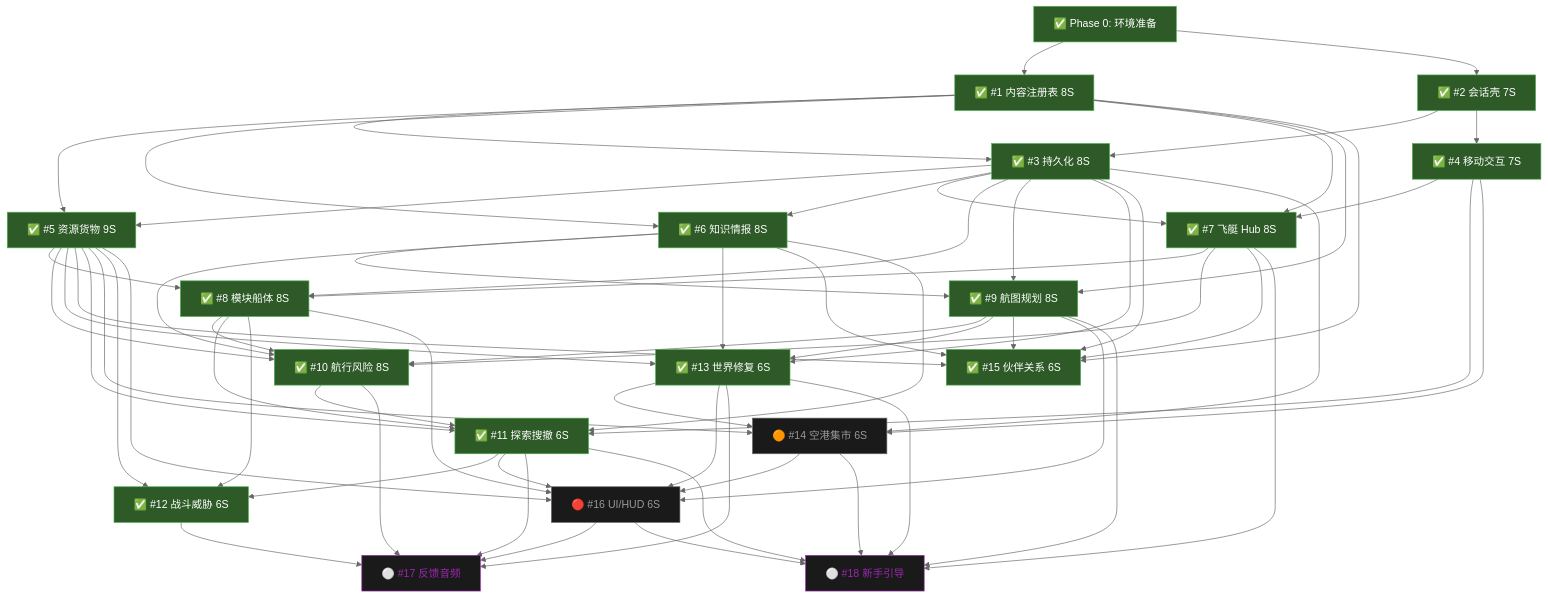
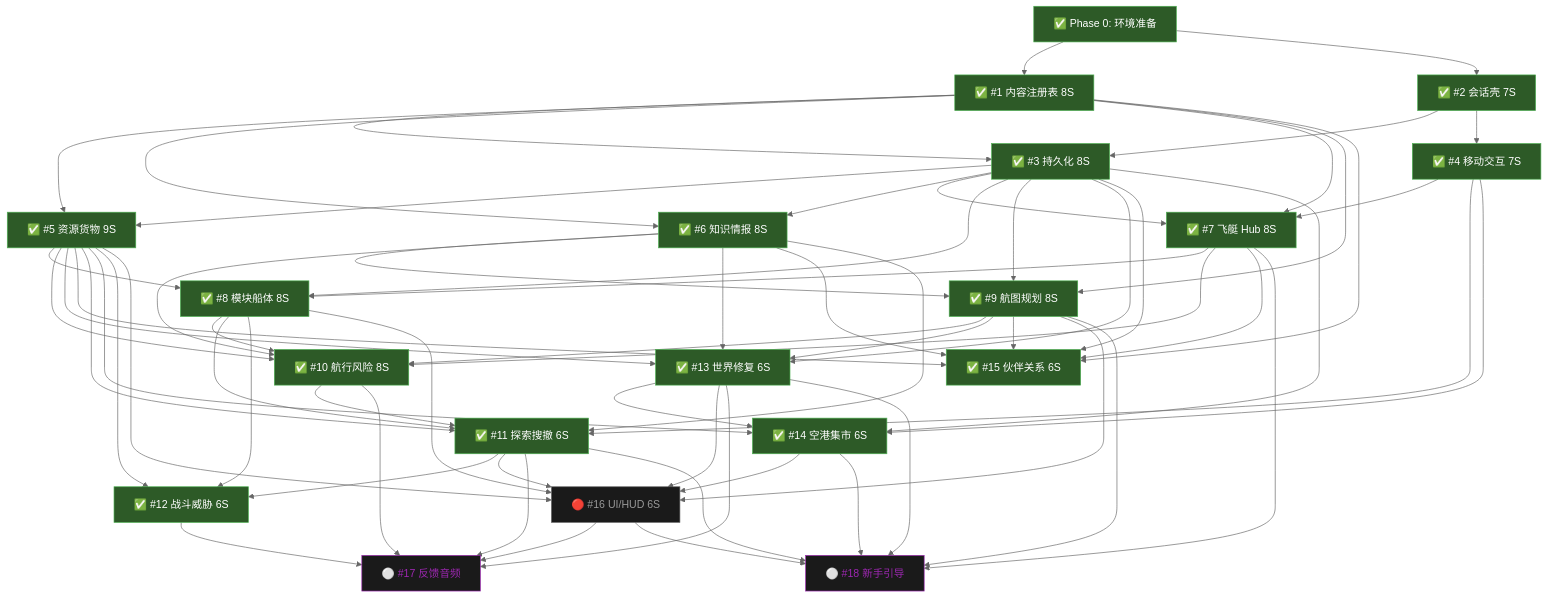
One commit to lieinsay/Claude-Code-Game-Studios changed the second of 3 diagrams in docs/reference/production-flowchart.md. Above: the diagram before and after it, drawn with Mermaid (neutral theme). The commit also changed other lines of this file and 5 other files, not shown here.

```diff
--- a/docs/reference/production-flowchart.md
+++ b/docs/reference/production-flowchart.md
@@ -85,7 +85,7 @@
     S15["✅ #15 伙伴关系 6S"]:::done
 
     S11["✅ #11 探索搜撤 6S"]:::done
-    S14["🟠 #14 空港集市 6S"]:::future
+    S14["✅ #14 空港集市 6S"]:::done
 
     S12["✅ #12 战斗威胁 6S"]:::done
 
```
